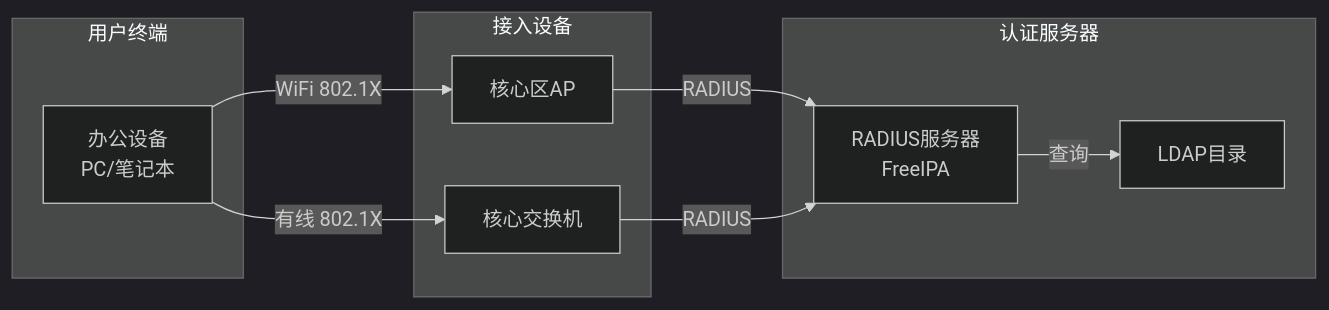
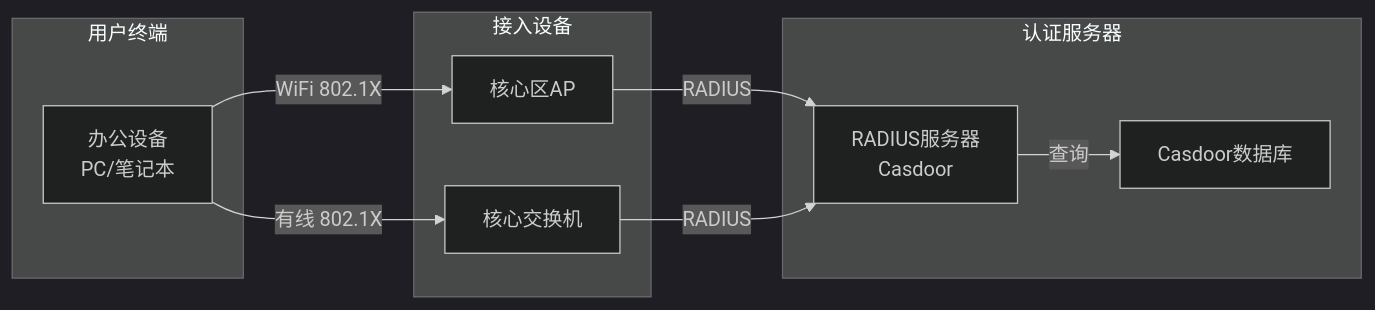
The diagram in docs/03-architecture/network-design/wireless.md (stars-labs/full-it-infra-design-docs), drawn with Mermaid (dark theme) before and after one commit. The commit also changed other lines of this file and 1 other file, not shown here.

First line of the commit message:
refactor: replace FreeIPA with Casdoor for RADIUS authentication

````diff
--- a/docs/03-architecture/network-design/wireless.md
+++ b/docs/03-architecture/network-design/wireless.md
@@ -11,22 +11,22 @@
 ```mermaid
 graph LR
     subgraph "用户终端"
         USER[办公设备<br/>PC/笔记本]
     end
 
     subgraph "接入设备"
         AP[核心区AP]
         SWITCH[核心交换机]
     end
 
     subgraph "认证服务器"
-        RADIUS[RADIUS服务器<br/>FreeIPA]
-        LDAP[LDAP目录]
+        RADIUS[RADIUS服务器<br/>Casdoor]
+        LDAP[Casdoor数据库]
     end
 
     USER -->|WiFi 802.1X| AP
     USER -->|有线 802.1X| SWITCH
     AP -->|RADIUS| RADIUS
     SWITCH -->|RADIUS| RADIUS
     RADIUS -->|查询| LDAP
 ```
````
